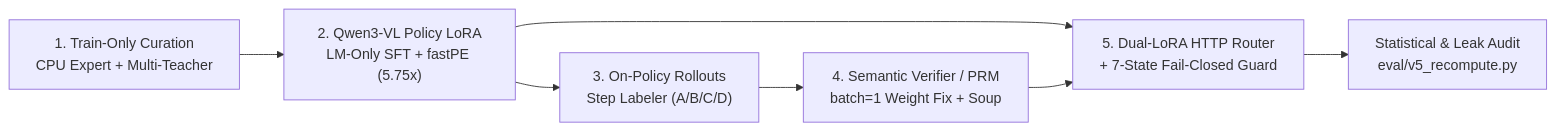
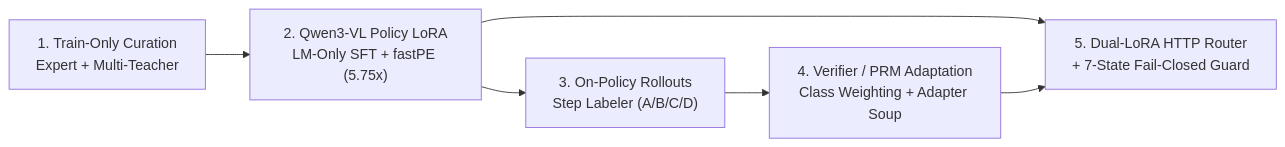
The diagram in README.md (ca1tshame/GUI-Transition-Verifier), drawn with Mermaid before and after one commit. The commit also changed other lines of this file and 2 other files, not shown here.

````diff
--- a/README.md
+++ b/README.md
@@ -65,9 +65,8 @@
 ```mermaid
 flowchart LR
-    A["1. Train-Only Curation<br/>CPU Expert + Multi-Teacher"] --> B["2. Qwen3-VL Policy LoRA<br/>LM-Only SFT + fastPE (5.75x)"]
+    A["1. Train-Only Curation<br/>Expert + Multi-Teacher"] --> B["2. Qwen3-VL Policy LoRA<br/>LM-Only SFT + fastPE (5.75x)"]
     B --> C["3. On-Policy Rollouts<br/>Step Labeler (A/B/C/D)"]
-    C --> D["4. Semantic Verifier / PRM<br/>batch=1 Weight Fix + Soup"]
+    C --> D["4. Verifier / PRM Adaptation<br/>Class Weighting + Adapter Soup"]
     B --> E["5. Dual-LoRA HTTP Router<br/>+ 7-State Fail-Closed Guard"]
     D --> E
-    E --> F["Statistical &amp; Leak Audit<br/>eval/v5_recompute.py"]
 ```
````
